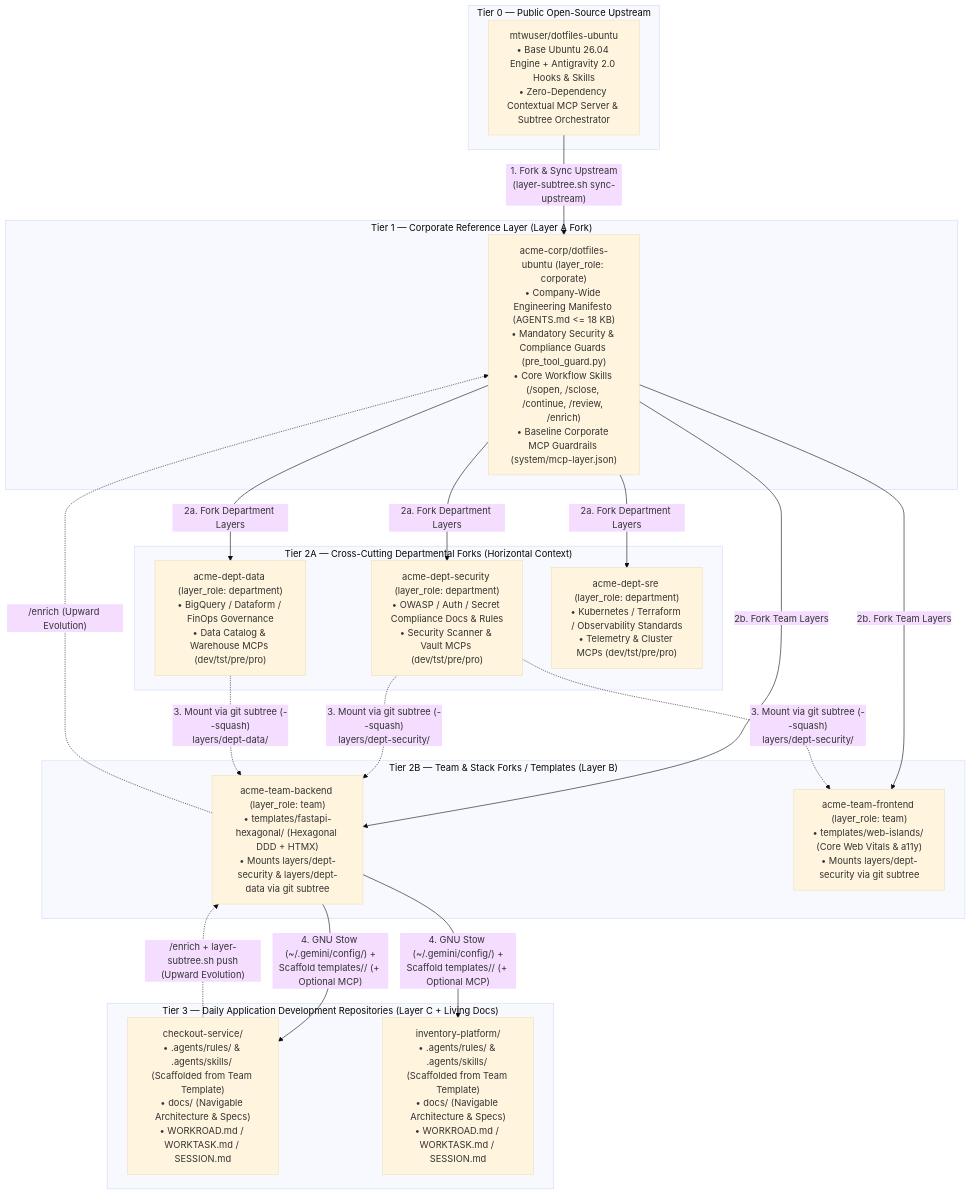
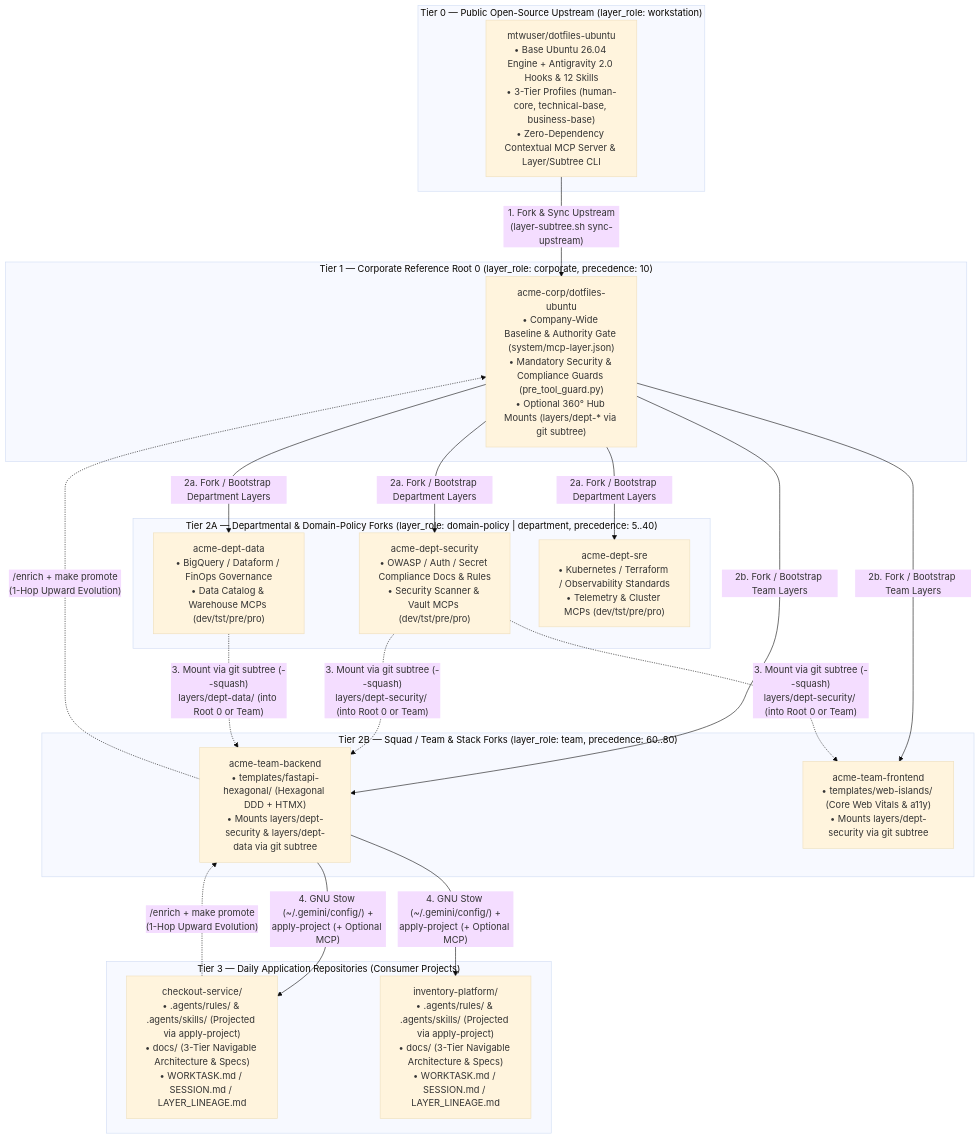
The diagram in docs/reference/enterprise_pair_programming_governance.md (mtwuser/dotfiles-ubuntu), drawn with Mermaid (base theme) before and after one commit. The commit also changed other lines of this file and 9 other files, not shown here.

Commit message:
chore(release): v2.2.2 — fix GitHub LaTeX rendering and align cross-doc tier nomenclature

````diff
--- a/docs/reference/enterprise_pair_programming_governance.md
+++ b/docs/reference/enterprise_pair_programming_governance.md
@@ -27,43 +27,43 @@
 ```mermaid
 flowchart TD
-    subgraph OSS["Tier 0 — Public Open-Source Upstream"]
-        PUB["mtwuser/dotfiles-ubuntu\n• Base Ubuntu 26.04 Engine + Antigravity 2.0 Hooks & Skills\n• Zero-Dependency Contextual MCP Server & Subtree Orchestrator"]
+    subgraph OSS["Tier 0 — Public Open-Source Upstream (layer_role: workstation)"]
+        PUB["mtwuser/dotfiles-ubuntu\n• Base Ubuntu 26.04 Engine + Antigravity 2.0 Hooks & 12 Skills\n• 3-Tier Profiles (human-core, technical-base, business-base)\n• Zero-Dependency Contextual MCP Server & Layer/Subtree CLI"]
     end
 
-    subgraph Org["Tier 1 — Corporate Reference Layer (Layer A Fork)"]
-        CORP["acme-corp/dotfiles-ubuntu (layer_role: corporate)\n• Company-Wide Engineering Manifesto (AGENTS.md <= 18 KB)\n• Mandatory Security & Compliance Guards (pre_tool_guard.py)\n• Core Workflow Skills (/sopen, /sclose, /continue, /review, /enrich)\n• Baseline Corporate MCP Guardrails (system/mcp-layer.json)"]
+    subgraph Org["Tier 1 — Corporate Reference Root 0 (layer_role: corporate, precedence: 10)"]
+        CORP["acme-corp/dotfiles-ubuntu\n• Company-Wide Baseline & Authority Gate (system/mcp-layer.json)\n• Mandatory Security & Compliance Guards (pre_tool_guard.py)\n• Optional 360° Hub Mounts (layers/dept-* via git subtree)"]
     end
 
-    subgraph Depts["Tier 2A — Cross-Cutting Departmental Forks (Horizontal Context)"]
-        DEPT_SEC["acme-dept-security (layer_role: department)\n• OWASP / Auth / Secret Compliance Docs & Rules\n• Security Scanner & Vault MCPs (dev/tst/pre/pro)"]
-        DEPT_DATA["acme-dept-data (layer_role: department)\n• BigQuery / Dataform / FinOps Governance\n• Data Catalog & Warehouse MCPs (dev/tst/pre/pro)"]
-        DEPT_SRE["acme-dept-sre (layer_role: department)\n• Kubernetes / Terraform / Observability Standards\n• Telemetry & Cluster MCPs (dev/tst/pre/pro)"]
+    subgraph Depts["Tier 2A — Departmental & Domain-Policy Forks (layer_role: domain-policy | department, precedence: 5..40)"]
+        DEPT_SEC["acme-dept-security\n• OWASP / Auth / Secret Compliance Docs & Rules\n• Security Scanner & Vault MCPs (dev/tst/pre/pro)"]
+        DEPT_DATA["acme-dept-data\n• BigQuery / Dataform / FinOps Governance\n• Data Catalog & Warehouse MCPs (dev/tst/pre/pro)"]
+        DEPT_SRE["acme-dept-sre\n• Kubernetes / Terraform / Observability Standards\n• Telemetry & Cluster MCPs (dev/tst/pre/pro)"]
     end
 
-    subgraph Teams["Tier 2B — Team & Stack Forks / Templates (Layer B)"]
-        TEAM_BE["acme-team-backend (layer_role: team)\n• templates/fastapi-hexagonal/ (Hexagonal DDD + HTMX)\n• Mounts layers/dept-security & layers/dept-data via git subtree"]
-        TEAM_FE["acme-team-frontend (layer_role: team)\n• templates/web-islands/ (Core Web Vitals & a11y)\n• Mounts layers/dept-security via git subtree"]
+    subgraph Teams["Tier 2B — Squad / Team & Stack Forks (layer_role: team, precedence: 60..80)"]
+        TEAM_BE["acme-team-backend\n• templates/fastapi-hexagonal/ (Hexagonal DDD + HTMX)\n• Mounts layers/dept-security & layers/dept-data via git subtree"]
+        TEAM_FE["acme-team-frontend\n• templates/web-islands/ (Core Web Vitals & a11y)\n• Mounts layers/dept-security via git subtree"]
     end
 
-    subgraph Apps["Tier 3 — Daily Application Development Repositories (Layer C + Living Docs)"]
-        PROJ_A["checkout-service/\n• .agents/rules/ & .agents/skills/ (Scaffolded from Team Template)\n• docs/ (Navigable Architecture & Specs)\n• WORKROAD.md / WORKTASK.md / SESSION.md"]
-        PROJ_B["inventory-platform/\n• .agents/rules/ & .agents/skills/ (Scaffolded from Team Template)\n• docs/ (Navigable Architecture & Specs)\n• WORKROAD.md / WORKTASK.md / SESSION.md"]
+    subgraph Apps["Tier 3 — Daily Application Repositories (Consumer Projects)"]
+        PROJ_A["checkout-service/\n• .agents/rules/ & .agents/skills/ (Projected via apply-project)\n• docs/ (3-Tier Navigable Architecture & Specs)\n• WORKTASK.md / SESSION.md / LAYER_LINEAGE.md"]
+        PROJ_B["inventory-platform/\n• .agents/rules/ & .agents/skills/ (Projected via apply-project)\n• docs/ (3-Tier Navigable Architecture & Specs)\n• WORKTASK.md / SESSION.md / LAYER_LINEAGE.md"]
     end
 
     PUB -->|"1. Fork & Sync Upstream\n(layer-subtree.sh sync-upstream)"| CORP
-    CORP -->|"2a. Fork Department Layers"| DEPT_SEC
-    CORP -->|"2a. Fork Department Layers"| DEPT_DATA
-    CORP -->|"2a. Fork Department Layers"| DEPT_SRE
-    CORP -->|"2b. Fork Team Layers"| TEAM_BE
-    CORP -->|"2b. Fork Team Layers"| TEAM_FE
+    CORP -->|"2a. Fork / Bootstrap Department Layers"| DEPT_SEC
+    CORP -->|"2a. Fork / Bootstrap Department Layers"| DEPT_DATA
+    CORP -->|"2a. Fork / Bootstrap Department Layers"| DEPT_SRE
+    CORP -->|"2b. Fork / Bootstrap Team Layers"| TEAM_BE
+    CORP -->|"2b. Fork / Bootstrap Team Layers"| TEAM_FE
 
-    DEPT_SEC -.->|"3. Mount via git subtree (--squash)\nlayers/dept-security/"| TEAM_BE
-    DEPT_DATA -.->|"3. Mount via git subtree (--squash)\nlayers/dept-data/"| TEAM_BE
-    DEPT_SEC -.->|"3. Mount via git subtree (--squash)\nlayers/dept-security/"| TEAM_FE
+    DEPT_SEC -.->|"3. Mount via git subtree (--squash)\nlayers/dept-security/ (into Root 0 or Team)"| TEAM_BE
+    DEPT_DATA -.->|"3. Mount via git subtree (--squash)\nlayers/dept-data/ (into Root 0 or Team)"| TEAM_BE
+    DEPT_SEC -.->|"3. Mount via git subtree (--squash)\nlayers/dept-security/ (into Root 0 or Team)"| TEAM_FE
 
-    TEAM_BE -->|"4. GNU Stow (~/.gemini/config/) +\nScaffold templates/<stack>/ (+ Optional MCP)"| PROJ_A
-    TEAM_BE -->|"4. GNU Stow (~/.gemini/config/) +\nScaffold templates/<stack>/ (+ Optional MCP)"| PROJ_B
+    TEAM_BE -->|"4. GNU Stow (~/.gemini/config/) +\napply-project (+ Optional MCP)"| PROJ_A
+    TEAM_BE -->|"4. GNU Stow (~/.gemini/config/) +\napply-project (+ Optional MCP)"| PROJ_B
 
-    PROJ_A -.->|"/enrich + layer-subtree.sh push\n(Upward Evolution)"| TEAM_BE
-    TEAM_BE -.->|"/enrich (Upward Evolution)"| CORP
+    PROJ_A -.->|"/enrich + make promote\n(1-Hop Upward Evolution)"| TEAM_BE
+    TEAM_BE -.->|"/enrich + make promote\n(1-Hop Upward Evolution)"| CORP
 ```
````
